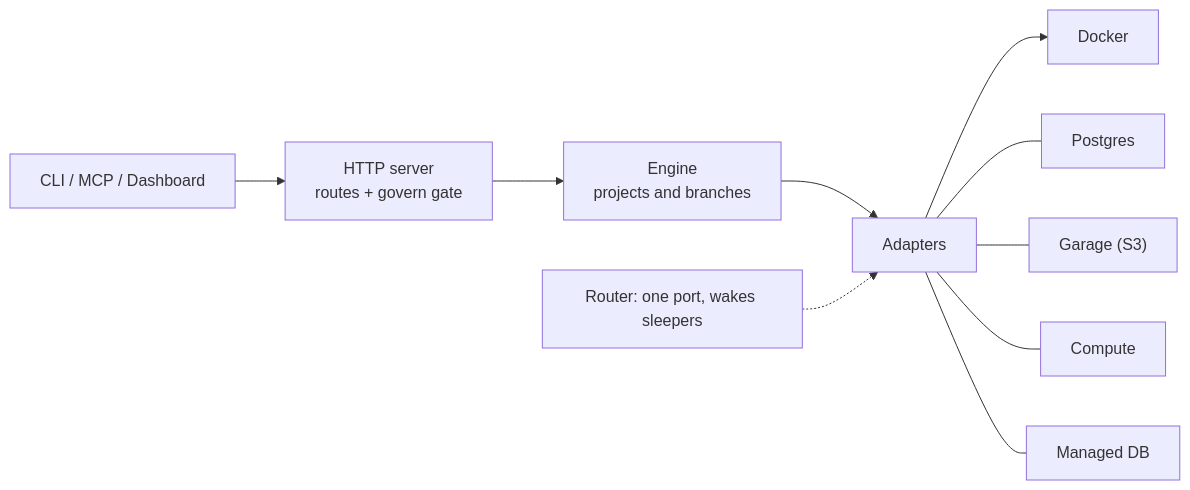
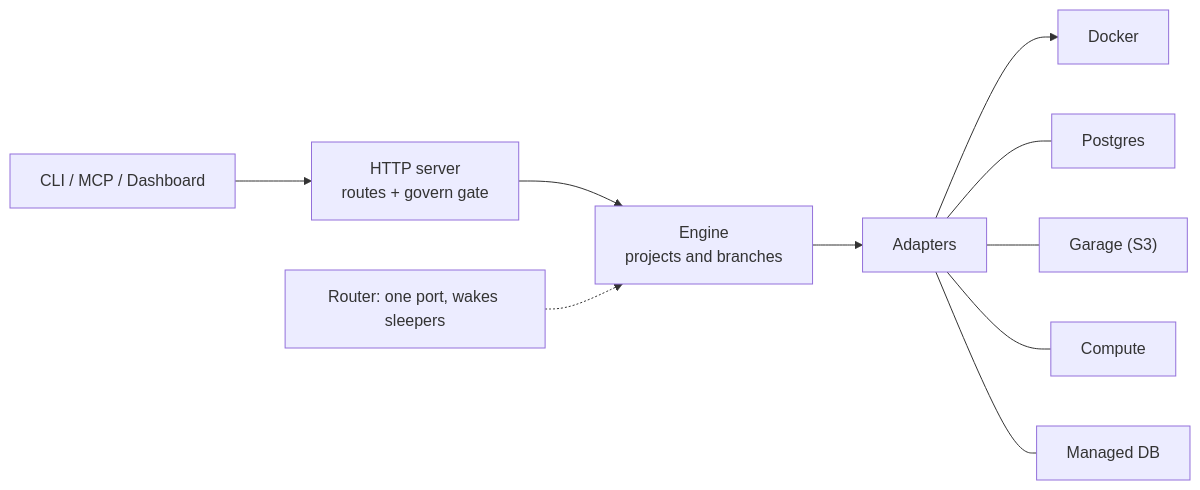
One commit to InsForge/instacloud-oss changed the diagram in README.md. Above: the diagram before and after it, drawn with Mermaid. The commit also changed other lines of this file and 1 other file, not shown here.

````diff
--- a/README.md
+++ b/README.md
@@ -88,12 +89,12 @@
 ```mermaid
 flowchart LR
   U["CLI / MCP / Dashboard"] --> S["HTTP server<br/>routes + govern gate"]
   S --> E["Engine<br/>projects and branches"]
   E --> A["Adapters"]
   A --> D["Docker"]
   A --- P["Postgres"]
   A --- G["Garage (S3)"]
   A --- C["Compute"]
   A --- M["Managed DB"]
-  R["Router: one port, wakes sleepers"] -.-> A
+  R["Router: one port, wakes sleepers"] -.-> E
 ```
````
